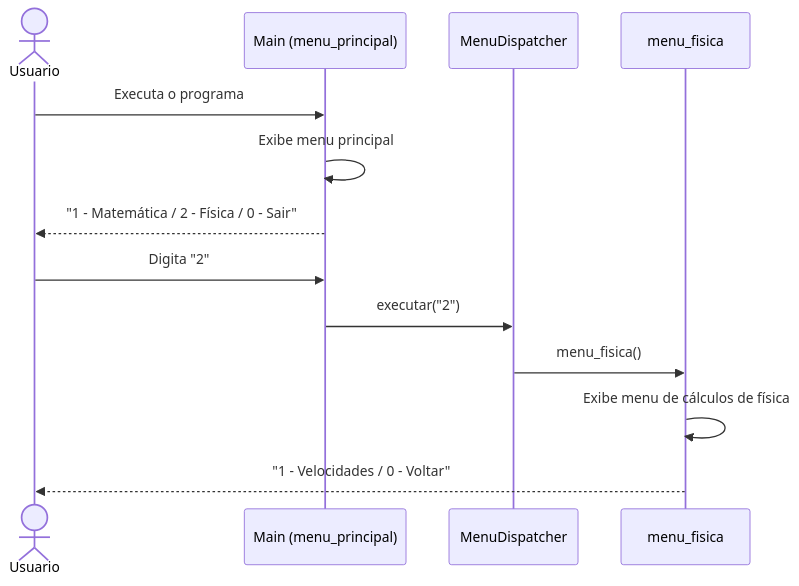
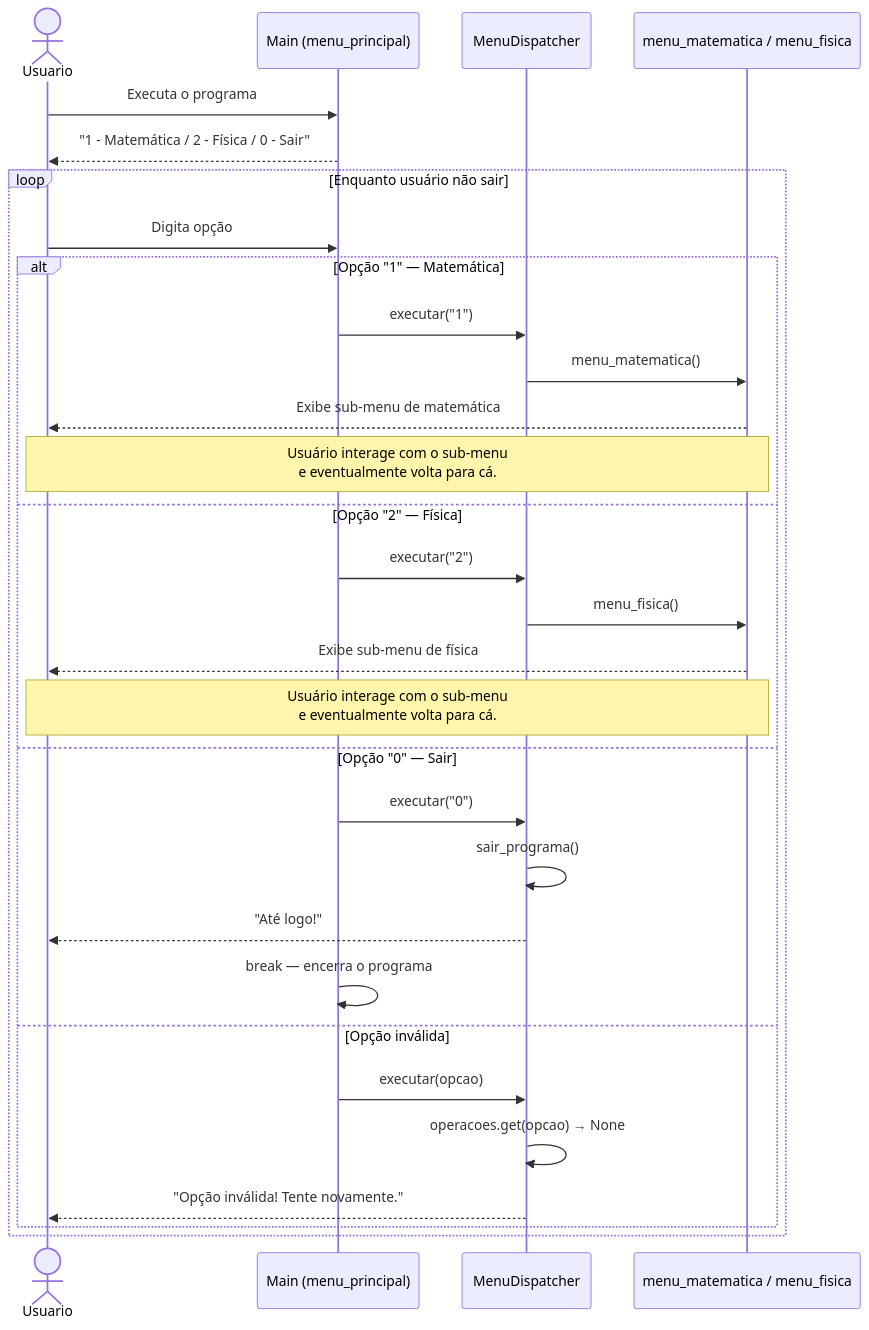
One commit to software-engineering-labs-ifrn/2026-1-Jonathan changed the diagram in Docs/Diagramas de sequência/DS_US08_Navegacao.md. Above: the diagram before and after it, drawn with Mermaid. The commit also changed other lines of this file and 10 other files, not shown here.

Commit message:
Fix: corrige diagramas

````diff
--- a/Docs/Diagramas de sequência/DS_US08_Navegacao.md
+++ b/Docs/Diagramas de sequência/DS_US08_Navegacao.md
@@ -31,17 +7,38 @@
 ```mermaid
 sequenceDiagram
     actor Usuario
     participant Main as Main (menu_principal)
     participant Dispatcher as MenuDispatcher
-    participant MenuFis as menu_fisica
+    participant SubMenu as menu_matematica / menu_fisica
 
     Usuario->>Main: Executa o programa
-    Main->>Main: Exibe menu principal
     Main-->>Usuario: "1 - Matemática / 2 - Física / 0 - Sair"
 
-    Usuario->>Main: Digita "2"
-    Main->>Dispatcher: executar("2")
-    Dispatcher->>MenuFis: menu_fisica()
-    MenuFis->>MenuFis: Exibe menu de cálculos de física
-    MenuFis-->>Usuario: "1 - Velocidades / 0 - Voltar"
+    loop Enquanto usuário não sair
+        Usuario->>Main: Digita opção
+
+        alt Opção "1" — Matemática
+            Main->>Dispatcher: executar("1")
+            Dispatcher->>SubMenu: menu_matematica()
+            SubMenu-->>Usuario: Exibe sub-menu de matemática
+            Note over SubMenu,Usuario: Usuário interage com o sub-menu<br/>e eventualmente volta para cá.
+
+        else Opção "2" — Física
+            Main->>Dispatcher: executar("2")
+            Dispatcher->>SubMenu: menu_fisica()
+            SubMenu-->>Usuario: Exibe sub-menu de física
+            Note over SubMenu,Usuario: Usuário interage com o sub-menu<br/>e eventualmente volta para cá.
+
+        else Opção "0" — Sair
+            Main->>Dispatcher: executar("0")
+            Dispatcher->>Dispatcher: sair_programa()
+            Dispatcher-->>Usuario: "Até logo!"
+            Main->>Main: break — encerra o programa
+
+        else Opção inválida
+            Main->>Dispatcher: executar(opcao)
+            Dispatcher->>Dispatcher: operacoes.get(opcao) → None
+            Dispatcher-->>Usuario: "Opção inválida! Tente novamente."
+        end
+    end
 ```
````
